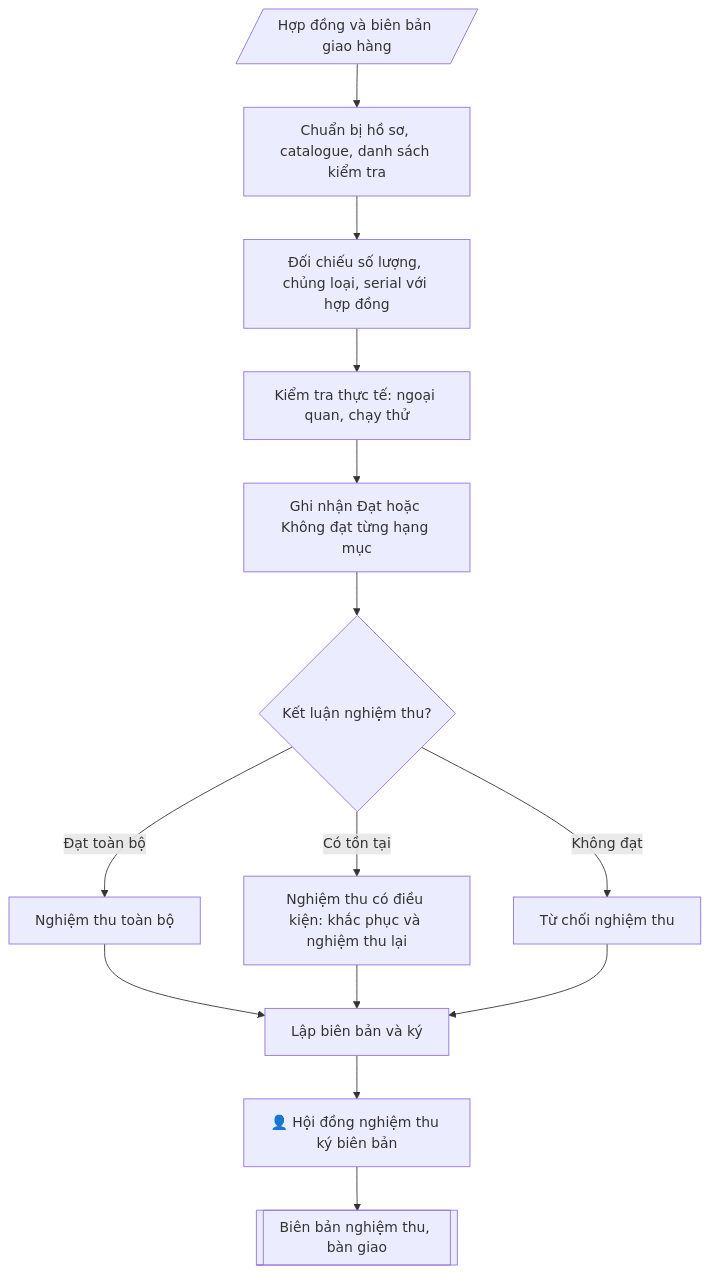
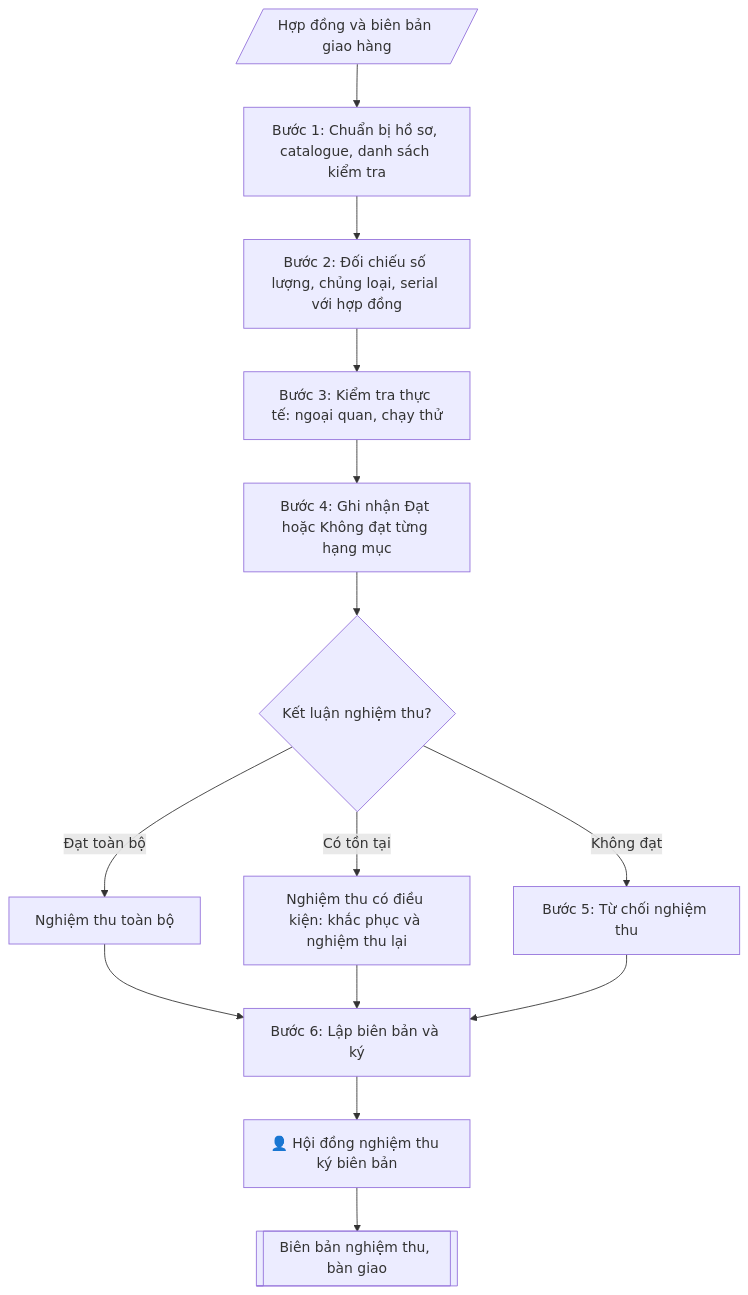
The diagram in skills/bien-ban-nghiem-thu-thiet-bi/SKILL.md (phamtruong91/dh-skills), drawn with Mermaid before and after one commit. The commit also changed 124 other files, not shown here.

````diff
--- a/skills/bien-ban-nghiem-thu-thiet-bi/SKILL.md
+++ b/skills/bien-ban-nghiem-thu-thiet-bi/SKILL.md
@@ -104,16 +104,16 @@
 ```mermaid
 flowchart TD
-    A[/"Hợp đồng và biên bản giao hàng"/] --> B["Chuẩn bị hồ sơ, catalogue, danh sách kiểm tra"]
-    B --> C["Đối chiếu số lượng, chủng loại, serial với hợp đồng"]
-    C --> D["Kiểm tra thực tế: ngoại quan, chạy thử"]
-    D --> E["Ghi nhận Đạt hoặc Không đạt từng hạng mục"]
+    A[/"Hợp đồng và biên bản giao hàng"/] --> B["Bước 1: Chuẩn bị hồ sơ, catalogue, danh sách kiểm tra"]
+    B --> C["Bước 2: Đối chiếu số lượng, chủng loại, serial với hợp đồng"]
+    C --> D["Bước 3: Kiểm tra thực tế: ngoại quan, chạy thử"]
+    D --> E["Bước 4: Ghi nhận Đạt hoặc Không đạt từng hạng mục"]
     E --> F{"Kết luận nghiệm thu?"}
     F -->|Đạt toàn bộ| G["Nghiệm thu toàn bộ"]
     F -->|Có tồn tại| H["Nghiệm thu có điều kiện: khắc phục và nghiệm thu lại"]
-    F -->|Không đạt| I["Từ chối nghiệm thu"]
-    G --> J["Lập biên bản và ký"]
+    F -->|Không đạt| I["Bước 5: Từ chối nghiệm thu"]
+    G --> J["Bước 6: Lập biên bản và ký"]
     H --> J
     I --> J
     J --> HG["👤 Hội đồng nghiệm thu ký biên bản"]
     HG --> K[["Biên bản nghiệm thu, bàn giao"]]
 ```
````
